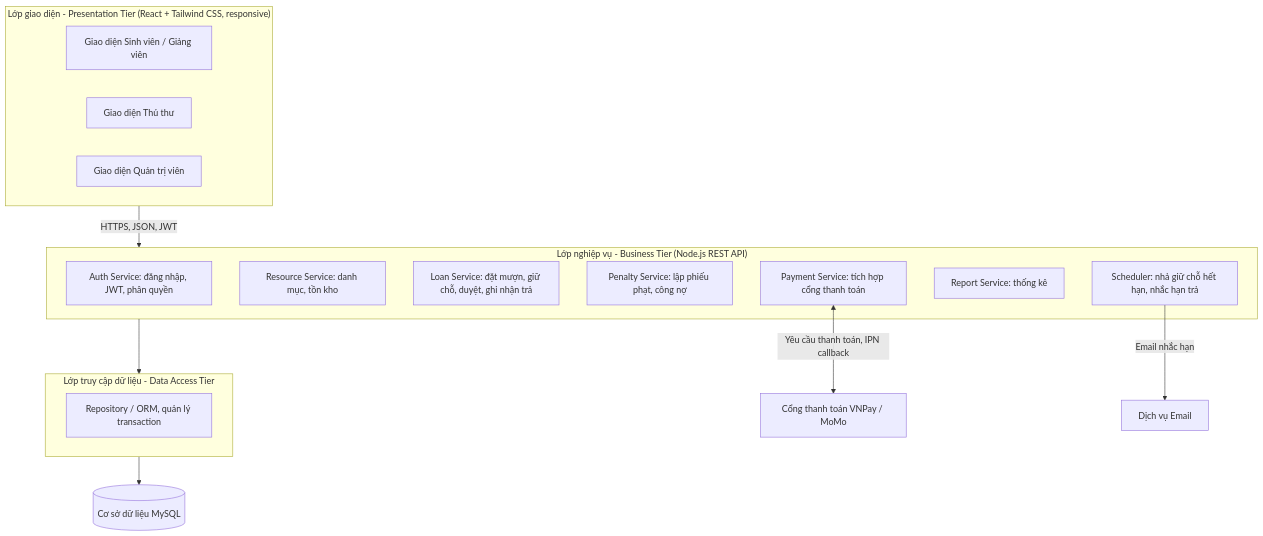
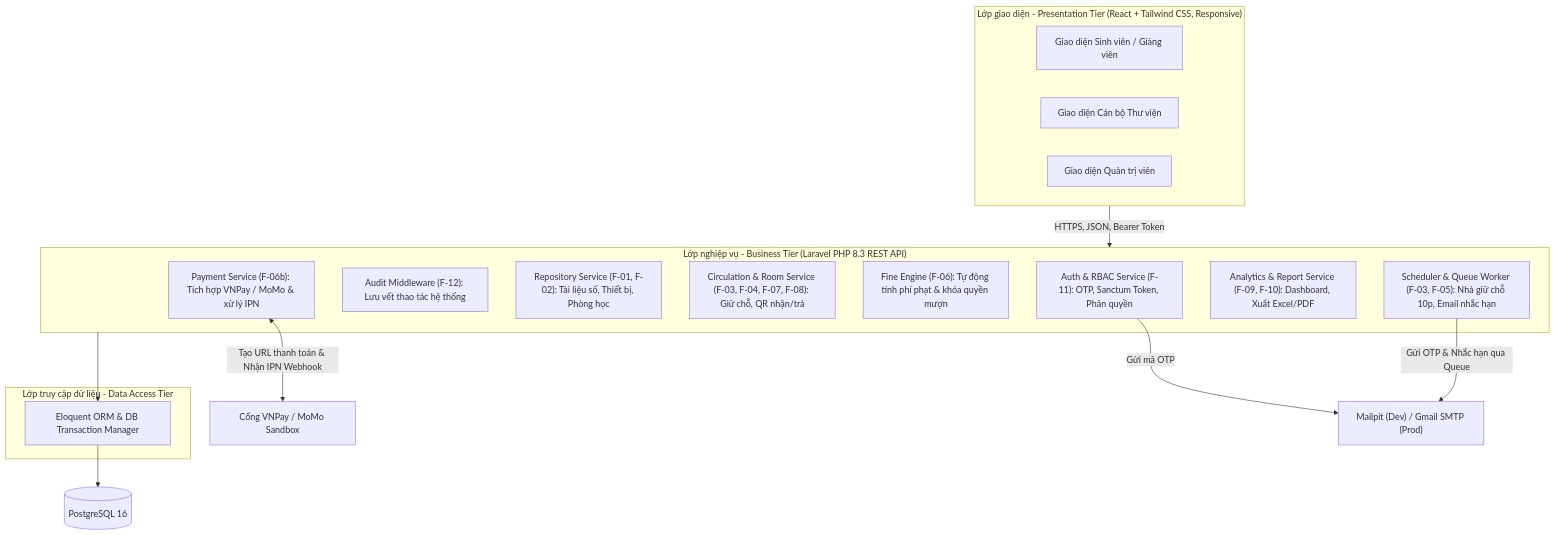
The first of 4 diagrams in docs/architecture.md (Cehin3010/digital-library-equipment-management), drawn with Mermaid before and after one commit. The commit also changed other lines of this file, not shown here.

Commit message:
modify architecture

````diff
--- a/docs/architecture.md
+++ b/docs/architecture.md
@@ -56,28 +57,34 @@
 ```mermaid
 flowchart TB
-  subgraph P["Lớp giao diện - Presentation Tier (React + Tailwind CSS, responsive)"]
+  subgraph P["Lớp giao diện - Presentation Tier (React + Tailwind CSS, Responsive)"]
     SV["Giao diện Sinh viên / Giảng viên"]
-    TT["Giao diện Thủ thư"]
+    TT["Giao diện Cán bộ Thư viện"]
     AD["Giao diện Quản trị viên"]
   end
-  subgraph B["Lớp nghiệp vụ - Business Tier (Node.js REST API)"]
-    AUTH["Auth Service: đăng nhập, JWT, phân quyền"]
-    RES["Resource Service: danh mục, tồn kho"]
-    LOAN["Loan Service: đặt mượn, giữ chỗ, duyệt, ghi nhận trả"]
-    PEN["Penalty Service: lập phiếu phạt, công nợ"]
-    PAY["Payment Service: tích hợp cổng thanh toán"]
-    REP["Report Service: thống kê"]
-    SCH["Scheduler: nhả giữ chỗ hết hạn, nhắc hạn trả"]
+
+  subgraph B["Lớp nghiệp vụ - Business Tier (Laravel PHP 8.3 REST API)"]
+    AUTH["Auth & RBAC Service (F-11): OTP, Sanctum Token, Phân quyền"]
+    AUDIT["Audit Middleware (F-12): Lưu vết thao tác hệ thống"]
+    RES["Repository Service (F-01, F-02): Tài liệu số, Thiết bị, Phòng học"]
+    LOAN["Circulation & Room Service (F-03, F-04, F-07, F-08): Giữ chỗ, QR nhận/trả"]
+    PEN["Fine Engine (F-06): Tự động tính phí phạt & khóa quyền mượn"]
+    PAY["Payment Service (F-06b): Tích hợp VNPay / MoMo & xử lý IPN"]
+    REP["Analytics & Report Service (F-09, F-10): Dashboard, Xuất Excel/PDF"]
+    SCH["Scheduler & Queue Worker (F-03, F-05): Nhả giữ chỗ 10p, Email nhắc hạn"]
   end
+
   subgraph D["Lớp truy cập dữ liệu - Data Access Tier"]
-    REPO["Repository / ORM, quản lý transaction"]
+    ORM["Eloquent ORM & DB Transaction Manager"]
   end
-  DB[("Cơ sở dữ liệu MySQL")]
-  GW["Cổng thanh toán VNPay / MoMo"]
-  MAIL["Dịch vụ Email"]
-  P -->|"HTTPS, JSON, JWT"| B
-  B --> D
-  D --> DB
-  PAY <-->|"Yêu cầu thanh toán, IPN callback"| GW
-  SCH -->|"Email nhắc hạn"| MAIL
+
+  DB[("PostgreSQL 16")]
+  GW["Cổng VNPay / MoMo Sandbox"]
+  MAIL["Mailpit (Dev) / Gmail SMTP (Prod)"]
+
+  P -->|"HTTPS, JSON, Bearer Token"| B
+  B --> ORM
+  ORM --> DB
+  PAY <-->|"Tạo URL thanh toán & Nhận IPN Webhook"| GW
+  SCH -->|"Gửi OTP & Nhắc hạn qua Queue"| MAIL
+  AUTH -->|"Gửi mã OTP"| MAIL
 ```
````
